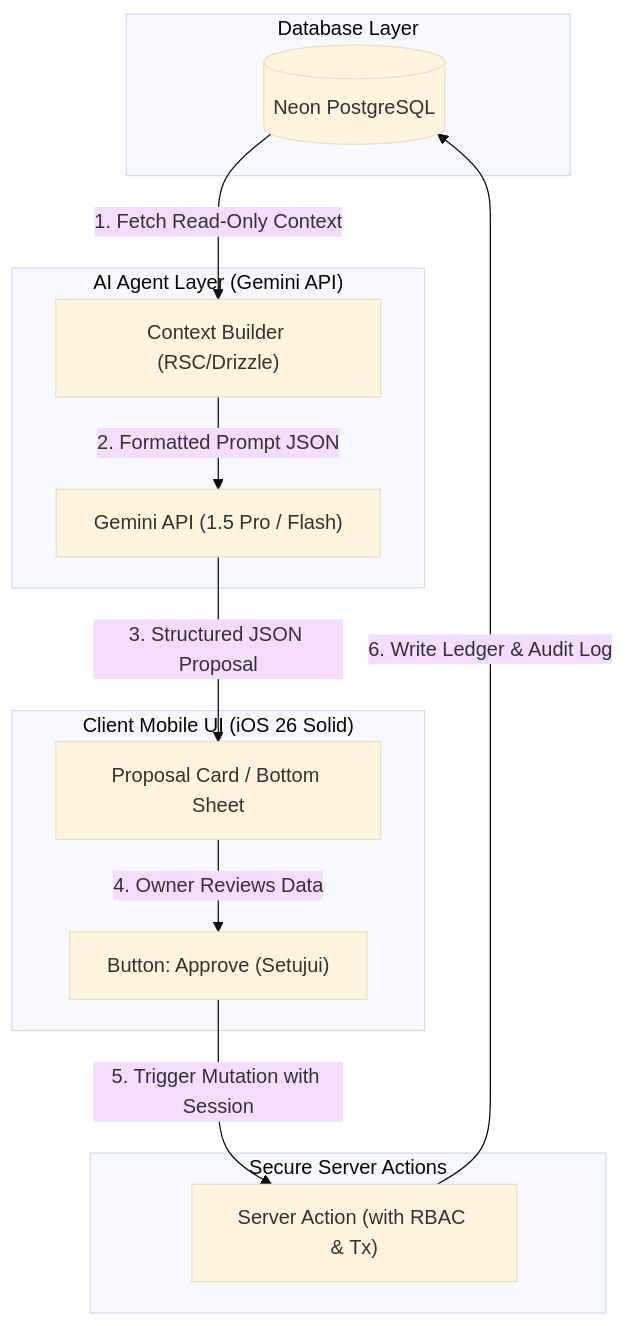
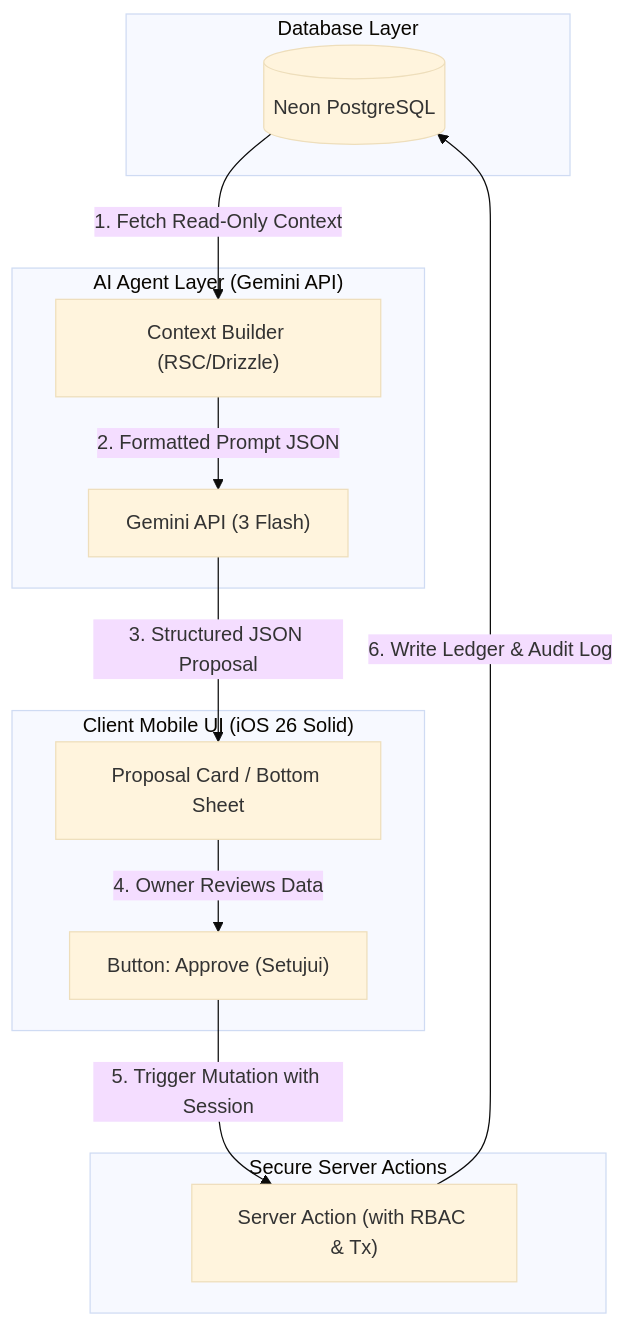
The first of 2 diagrams in docs/06-technical/AI_AGENT_ARCHITECTURE.md (LibranRst/atria-erp), drawn with Mermaid (base theme) before and after one commit. The commit also changed other lines of this file and 4 other files, not shown here.

Commit message:
feat: migrate Gemini models to gemini-3-flash-preview for OCR and Daily Briefing

````diff
--- a/docs/06-technical/AI_AGENT_ARCHITECTURE.md
+++ b/docs/06-technical/AI_AGENT_ARCHITECTURE.md
@@ -13,27 +13,27 @@
 ```mermaid
 flowchart TD
     subgraph DataStore ["Database Layer"]
         DB[(Neon PostgreSQL)]
     end
 
     subgraph AIEngine ["AI Agent Layer (Gemini API)"]
         Context["Context Builder (RSC/Drizzle)"]
-        Gemini["Gemini API (1.5 Pro / Flash)"]
+        Gemini["Gemini API (3 Flash)"]
     end
 
     subgraph ClientUI ["Client Mobile UI (iOS 26 Solid)"]
         Card["Proposal Card / Bottom Sheet"]
         ApproveBtn["Button: Approve (Setujui)"]
     end
 
     subgraph Execution ["Secure Server Actions"]
         SAction["Server Action (with RBAC & Tx)"]
     end
 
     DB -->|1. Fetch Read-Only Context| Context
     Context -->|2. Formatted Prompt JSON| Gemini
     Gemini -->|3. Structured JSON Proposal| Card
     Card -->|4. Owner Reviews Data| ApproveBtn
     ApproveBtn -->|5. Trigger Mutation with Session| SAction
     SAction -->|6. Write Ledger & Audit Log| DB
 ```
````
